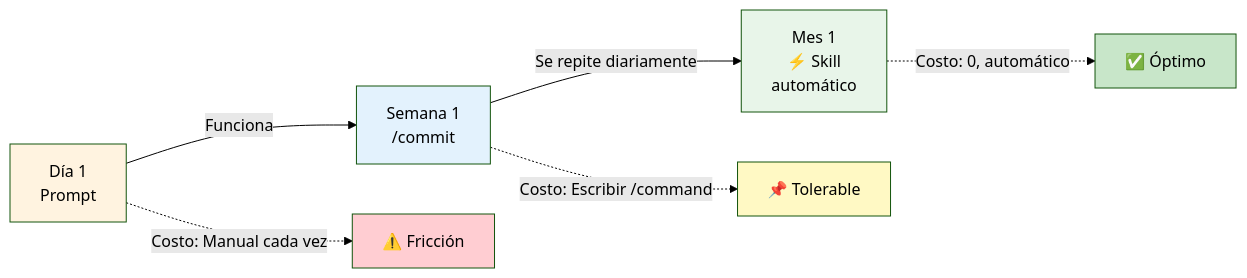
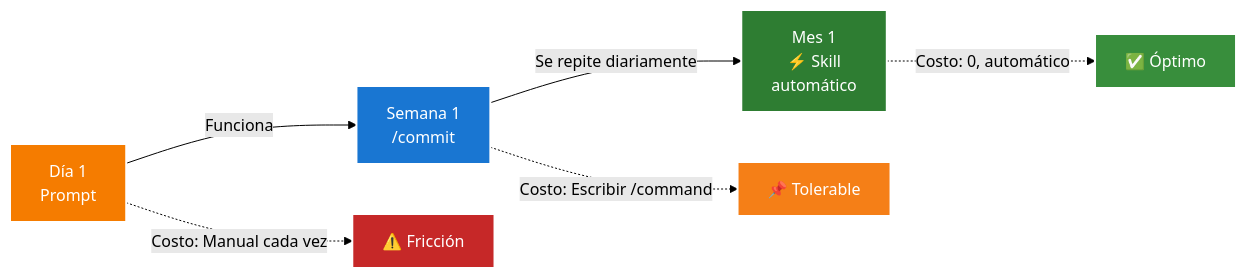
Before and after one commit to CodigoSinSiesta/codigosinsiesta.github.io: the seventh of 8 diagrams in docs/herramientas/claude-code-skills-mcp.md, drawn with Mermaid (forest theme). The commit also changed other lines of this file, not shown here.

First line of the commit message:
docs: Mejorar contraste de colores en diagramas Mermaid

````diff
--- a/docs/herramientas/claude-code-skills-mcp.md
+++ b/docs/herramientas/claude-code-skills-mcp.md
@@ -636,16 +641,16 @@
 ```mermaid
-flowchart LR
+graph LR
     A["Día 1<br/>Prompt"] -->|Funciona| B["Semana 1<br/>/commit"]
     B -->|Se repite diariamente| C["Mes 1<br/>⚡ Skill<br/>automático"]
 
     A -.->|Costo: Manual cada vez| COST1["⚠️ Fricción"]
     B -.->|Costo: Escribir /command| COST2["📌 Tolerable"]
     C -.->|Costo: 0, automático| COST3["✅ Óptimo"]
 
-    style A fill:#fff3e0
-    style B fill:#e3f2fd
-    style C fill:#e8f5e9
-    style COST1 fill:#ffcdd2
-    style COST2 fill:#fff9c4
-    style COST3 fill:#c8e6c9
+    style A fill:#f57c00,stroke:#fff,stroke-width:2px,color:#fff
+    style B fill:#1976d2,stroke:#fff,stroke-width:2px,color:#fff
+    style C fill:#2e7d32,stroke:#fff,stroke-width:2px,color:#fff
+    style COST1 fill:#c62828,stroke:#fff,stroke-width:2px,color:#fff
+    style COST2 fill:#f57f17,stroke:#fff,stroke-width:2px,color:#fff
+    style COST3 fill:#388e3c,stroke:#fff,stroke-width:2px,color:#fff
 ```
````
